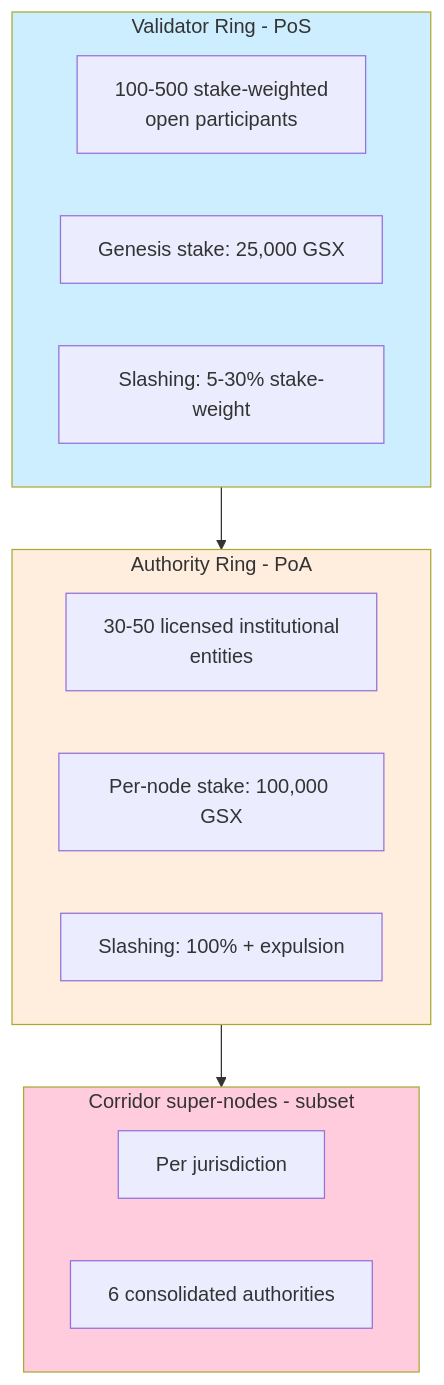
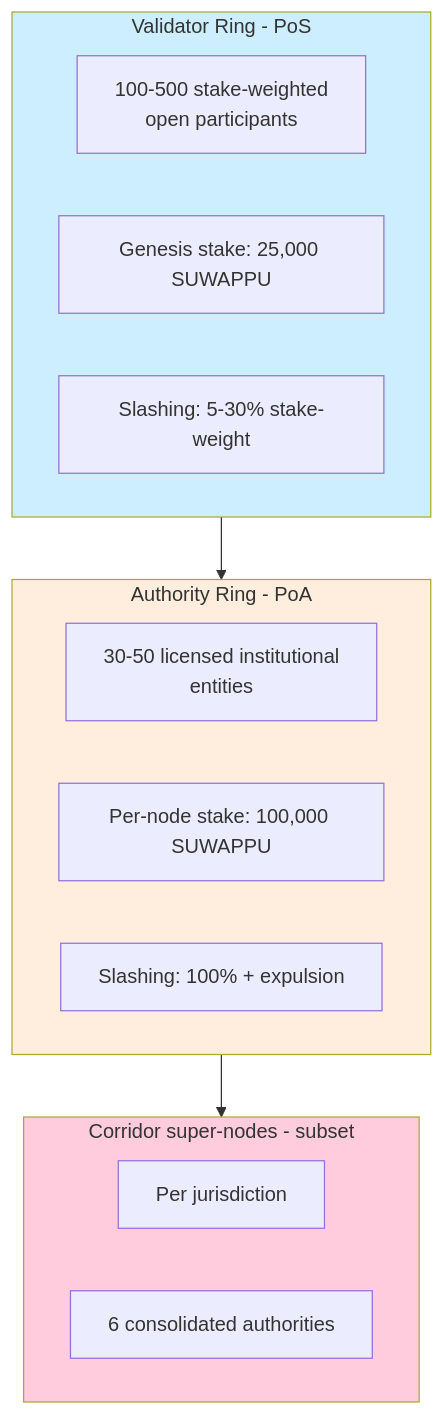
The first of 5 diagrams in docs/architecture/validator-rings.md (Suwappu-Labs/suwappu-db), drawn with Mermaid before and after one commit. The commit also changed other lines of this file and 248 other files, not shown here.

````diff
--- a/docs/architecture/validator-rings.md
+++ b/docs/architecture/validator-rings.md
@@ -9,26 +9,26 @@
 ```mermaid
 flowchart TB
     subgraph Outer[Validator Ring - PoS]
         direction LR
         V1[100-500 stake-weighted<br/>open participants]
-        V2[Genesis stake: 25,000 GSX]
+        V2[Genesis stake: 25,000 SUWAPPU]
         V3[Slashing: 5-30% stake-weight]
     end
     subgraph Inner[Authority Ring - PoA]
         direction LR
         A1[30-50 licensed institutional<br/>entities]
-        A2[Per-node stake: 100,000 GSX]
+        A2[Per-node stake: 100,000 SUWAPPU]
         A3[Slashing: 100% + expulsion]
     end
     subgraph SN[Corridor super-nodes - subset]
         direction LR
         SNi[Per jurisdiction]
         SNj[6 consolidated authorities]
     end
 
     Outer --> Inner --> SN
 
     style Outer fill:#cef
     style Inner fill:#fed
     style SN fill:#fcd
 ```
````
